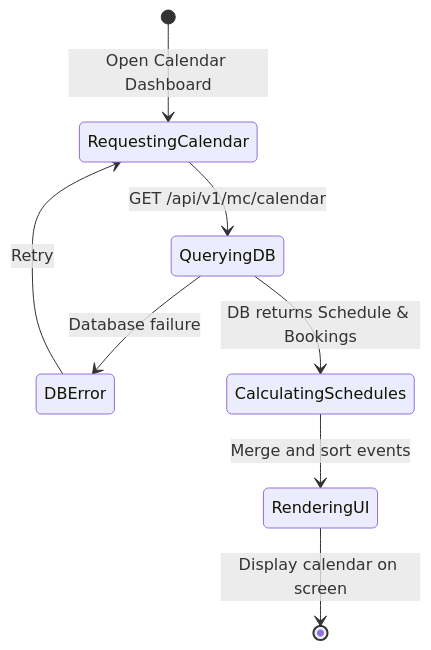
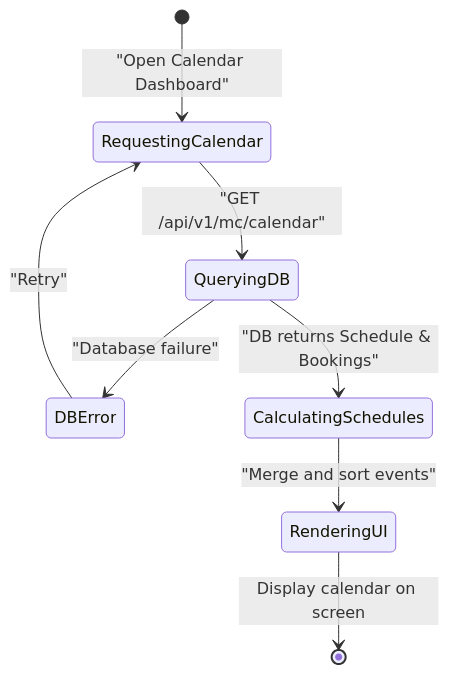
Before and after one commit to dat-21/SWD392: the ninth of 44 diagrams in UC_Backend_Design_Details.md, drawn with Mermaid. The commit also changed other lines of this file and 2 other files, not shown here.

Commit message:
style: Standardize Mermaid state diagram transition label formatting by adding quotes and a space before the colon.

````diff
--- a/UC_Backend_Design_Details.md
+++ b/UC_Backend_Design_Details.md
@@ -211,10 +211,10 @@
 ```mermaid
 stateDiagram-v2
-    [*] --> RequestingCalendar: Open Calendar Dashboard
-    RequestingCalendar --> QueryingDB: GET /api/v1/mc/calendar
-    QueryingDB --> DBError: Database failure
-    DBError --> RequestingCalendar: Retry
-    QueryingDB --> CalculatingSchedules: DB returns Schedule & Bookings
-    CalculatingSchedules --> RenderingUI: Merge and sort events
+    [*] --> RequestingCalendar : "Open Calendar Dashboard"
+    RequestingCalendar --> QueryingDB : "GET /api/v1/mc/calendar"
+    QueryingDB --> DBError : "Database failure"
+    DBError --> RequestingCalendar : "Retry"
+    QueryingDB --> CalculatingSchedules : "DB returns Schedule & Bookings"
+    CalculatingSchedules --> RenderingUI : "Merge and sort events"
     RenderingUI --> [*]: Display calendar on screen
 ```
````
